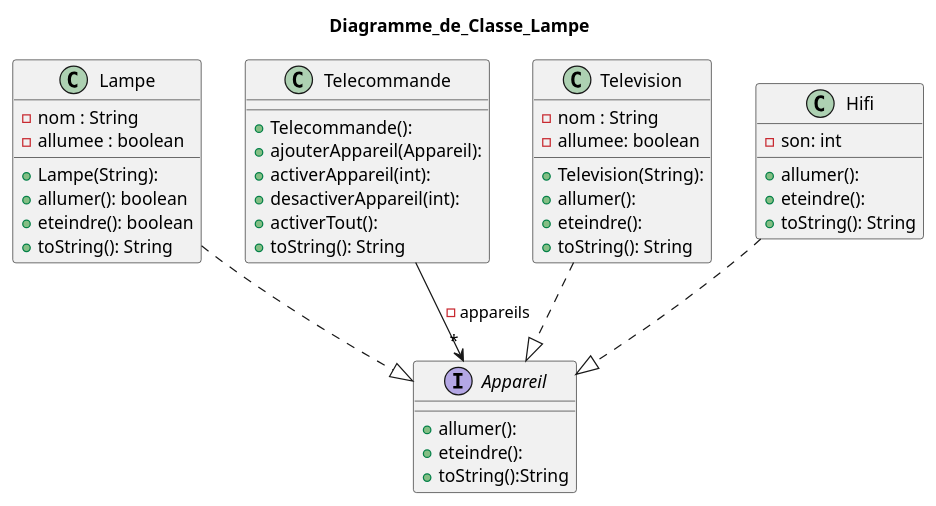
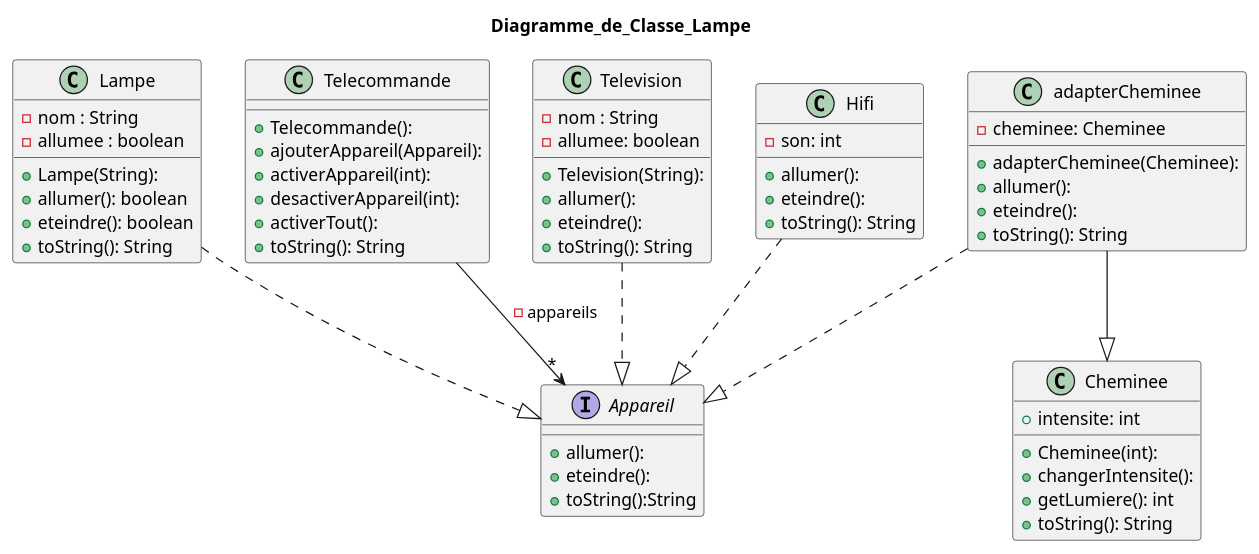
Before and after one commit to KeasCrimson/2026_coo_domotique.chaty.delvaux: the diagram in New_DiagrammeDeClasseTelecommande.wsd, drawn with PlantUML.

Commit message:
Ajout de la class adapterCheminee et Cheminee dans le diagramme de classe

```diff
--- a/New_DiagrammeDeClasseTelecommande.wsd
+++ b/New_DiagrammeDeClasseTelecommande.wsd
@@ -1,53 +1,71 @@
 @startuml
 title Diagramme_de_Classe_Lampe
 
 class Lampe{
     -nom : String
     -allumee : boolean
 
     +Lampe(String):
     +allumer(): boolean
     +eteindre(): boolean
     +toString(): String
 }
 
 interface Appareil{
     +allumer():
     +eteindre():
     +toString():String
 }
 
 
 class Telecommande{
     +Telecommande():
     +ajouterAppareil(Appareil):
     +activerAppareil(int):
     +desactiverAppareil(int):
     +activerTout():
     +toString(): String
 }
 
 class Television{
     -nom : String
     -allumee: boolean
 
     +Television(String):
     +allumer():
     +eteindre():
     +toString(): String
 }
 
 class Hifi{
     -son: int
 
     +allumer():
     +eteindre():
     +toString(): String
 }
+class Cheminee {
+    +intensite: int
+    
+    +Cheminee(int):
+    +changerIntensite():
+    +getLumiere(): int
+    +toString(): String
+}
+class adapterCheminee{
+    -cheminee: Cheminee
+
+    +adapterCheminee(Cheminee):
+    +allumer():
+    +eteindre():
+    +toString(): String
+}
 
 Lampe..|> Appareil
 Hifi..|> Appareil
 Telecommande-->"*"Appareil: -appareils
 Television..|>Appareil
+adapterCheminee..|> Appareil
+adapterCheminee--|> Cheminee
 
 @enduml
```
